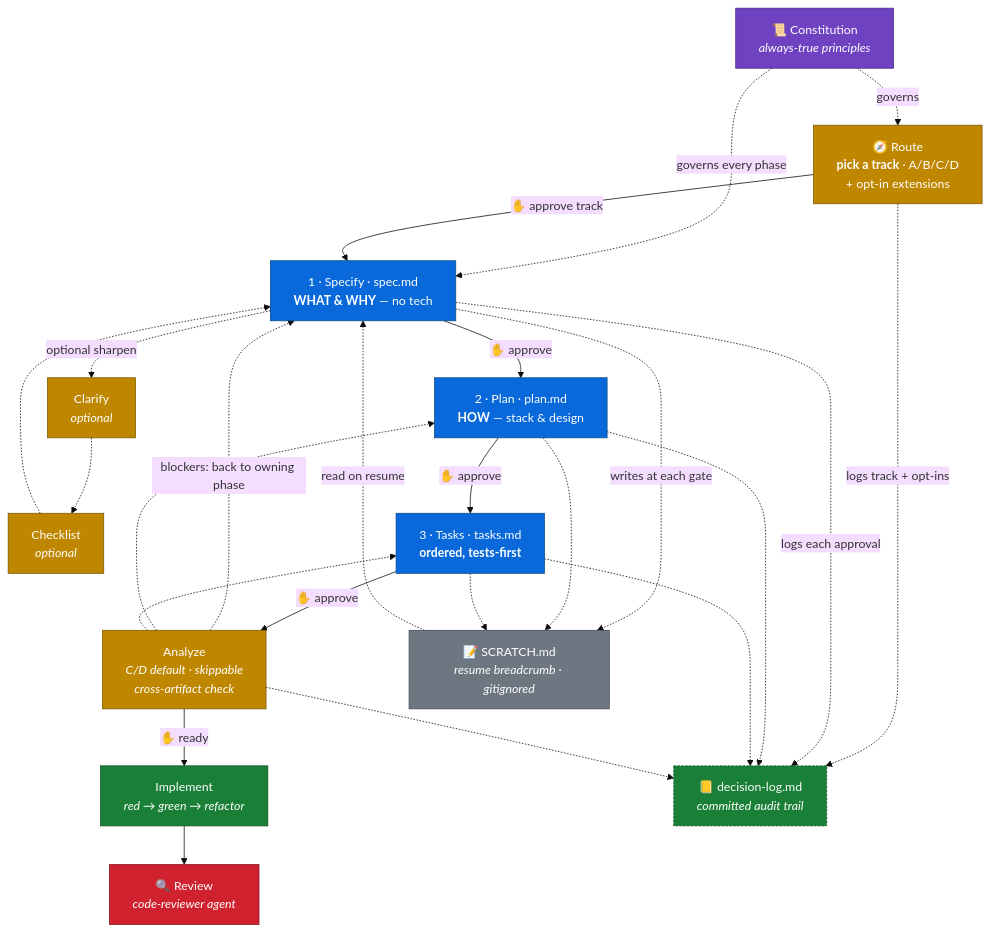
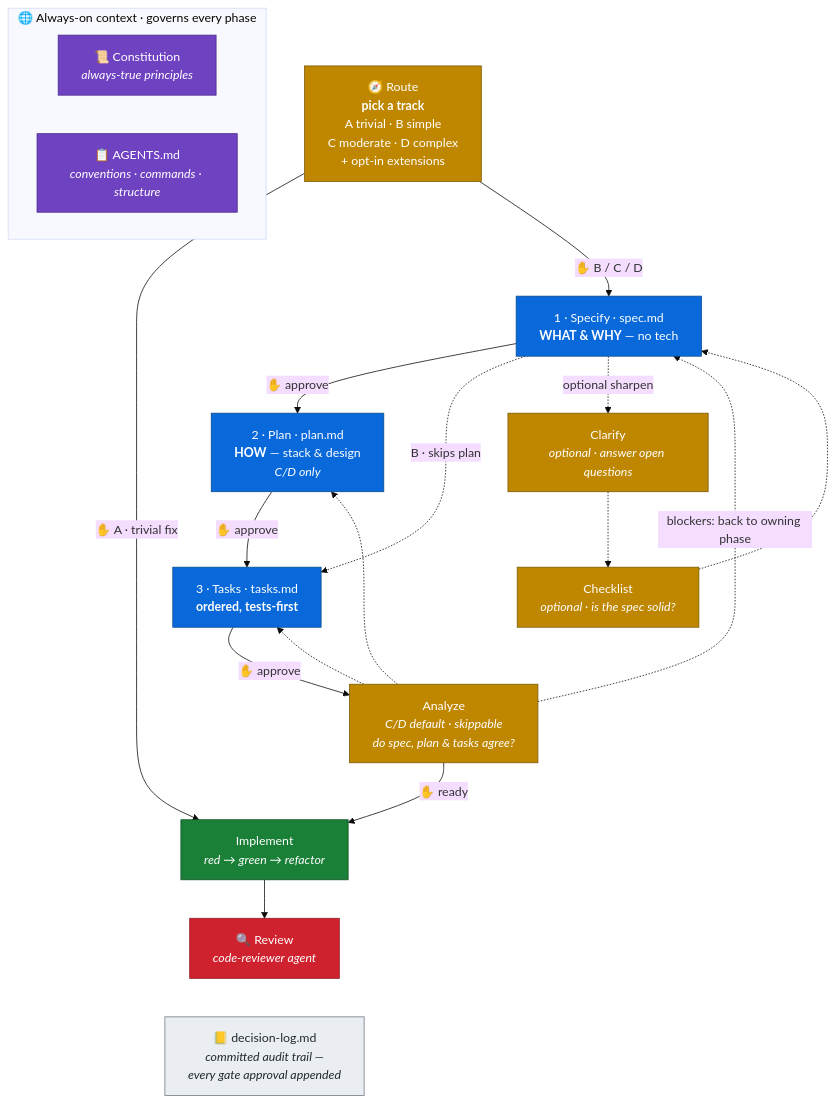
Before and after one commit to saptarshibasu/spec-driven-development: the first of 2 diagrams in README.md, drawn with Mermaid (base theme). The commit also changed other lines of this file and 16 other files, not shown here.

Commit message:
SCRATCH.md removed, Workflow modified and readme changed to include the verify and checklist in the workflow

````diff
--- a/README.md
+++ b/README.md
@@ -26,43 +26,37 @@
 ```mermaid
 flowchart TD
-    K["📜 Constitution<br/><i>always-true principles</i>"]:::gov
-    RT["🧭 Route<br/><b>pick a track</b> · A/B/C/D<br/>+ opt-in extensions"]:::gate
+    subgraph CTX["🌐 Always-on context · governs every phase"]
+        direction LR
+        K["📜 Constitution<br/><i>always-true principles</i>"]:::gov
+        AGT["📋 AGENTS.md<br/><i>conventions · commands · structure</i>"]:::gov
+    end
+    RT["🧭 Route<br/><b>pick a track</b><br/>A trivial · B simple<br/>C moderate · D complex<br/>+ opt-in extensions"]:::gate
     S["1 · Specify · spec.md<br/><b>WHAT & WHY</b> — no tech"]:::phase
-    CL["Clarify<br/><i>optional</i>"]:::gate
-    CK["Checklist<br/><i>optional</i>"]:::gate
-    P["2 · Plan · plan.md<br/><b>HOW</b> — stack & design"]:::phase
+    CL["Clarify<br/><i>optional · answer open questions</i>"]:::gate
+    CK["Checklist<br/><i>optional · is the spec solid?</i>"]:::gate
+    P["2 · Plan · plan.md<br/><b>HOW</b> — stack & design<br/><i>C/D only</i>"]:::phase
     T["3 · Tasks · tasks.md<br/><b>ordered, tests-first</b>"]:::phase
-    AN["Analyze<br/><i>C/D default · skippable<br/>cross-artifact check</i>"]:::gate
+    AN["Analyze<br/><i>C/D default · skippable<br/>do spec, plan & tasks agree?</i>"]:::gate
     I["Implement<br/><i>red → green → refactor</i>"]:::impl
     R["🔍 Review<br/><i>code-reviewer agent</i>"]:::sensor
-    B["📝 SCRATCH.md<br/><i>resume breadcrumb · gitignored</i>"]:::scratch
-    DL["📒 decision-log.md<br/><i>committed audit trail</i>"]:::audit
+    DL["📒 decision-log.md<br/><i>committed audit trail —<br/>every gate approval appended</i>"]:::audit
 
-    K -. governs every phase .-> S
-    RT -->|✋ approve track| S
-    K -. governs .-> RT
+    RT -->|✋ A · trivial fix| I
+    RT -->|✋ B / C / D| S
     S -->|✋ approve| P -->|✋ approve| T -->|✋ approve| AN -->|✋ ready| I --> R
+    S -. B · skips plan .-> T
     S -. optional sharpen .-> CL
     CL -.-> CK
     CK -.-> S
     AN -. "blockers: back to owning phase" .-> S
     AN -.-> P
     AN -.-> T
-    S -. writes at each gate .-> B
-    P -.-> B
-    T -.-> B
-    B -. read on resume .-> S
-    RT -. logs track + opt-ins .-> DL
-    S -. logs each approval .-> DL
-    P -.-> DL
-    T -.-> DL
-    AN -.-> DL
+    R ~~~ DL
 
     classDef gov fill:#6f42c1,color:#fff,stroke:#4c2889
     classDef phase fill:#0969da,color:#fff,stroke:#0a4b8c
     classDef gate fill:#bf8700,color:#fff,stroke:#7d5800
     classDef impl fill:#1a7f37,color:#fff,stroke:#0f5323
     classDef sensor fill:#cf222e,color:#fff,stroke:#8b1a22
-    classDef scratch fill:#6e7781,color:#fff,stroke:#424a53
-    classDef audit fill:#1a7f37,color:#fff,stroke:#0f5323,stroke-dasharray:3 2
+    classDef audit fill:#eaeef2,color:#24292f,stroke:#6e7781
 ```
````
